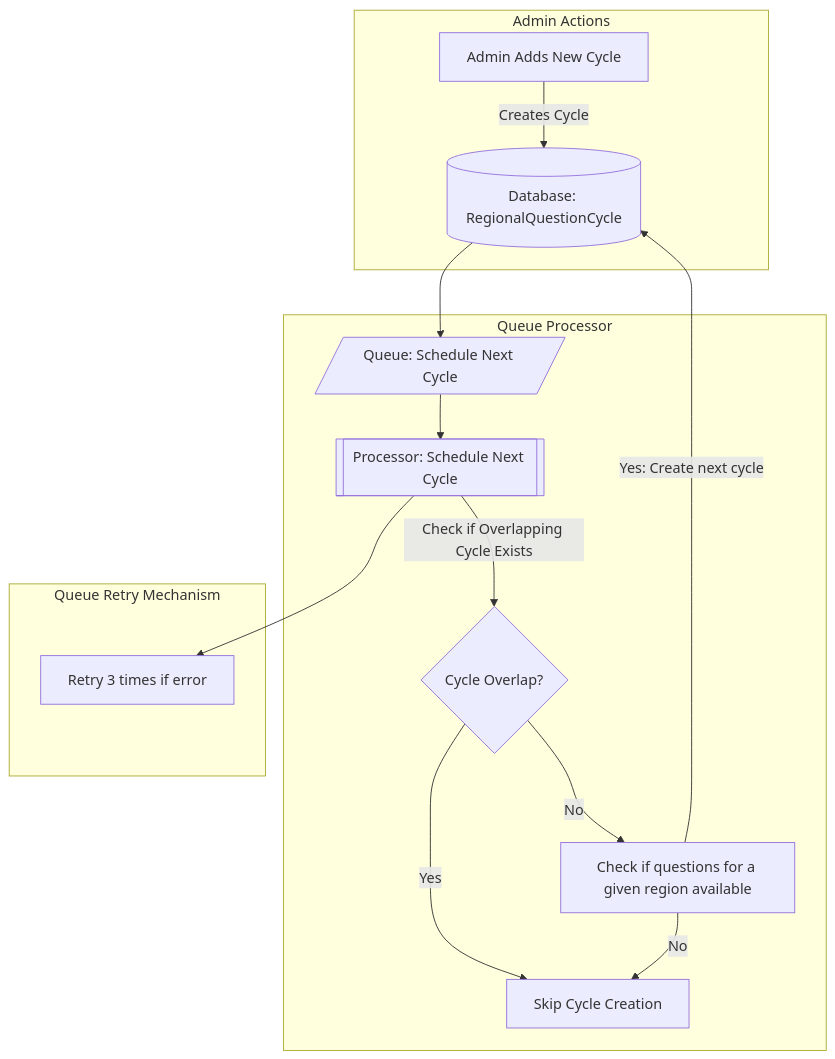
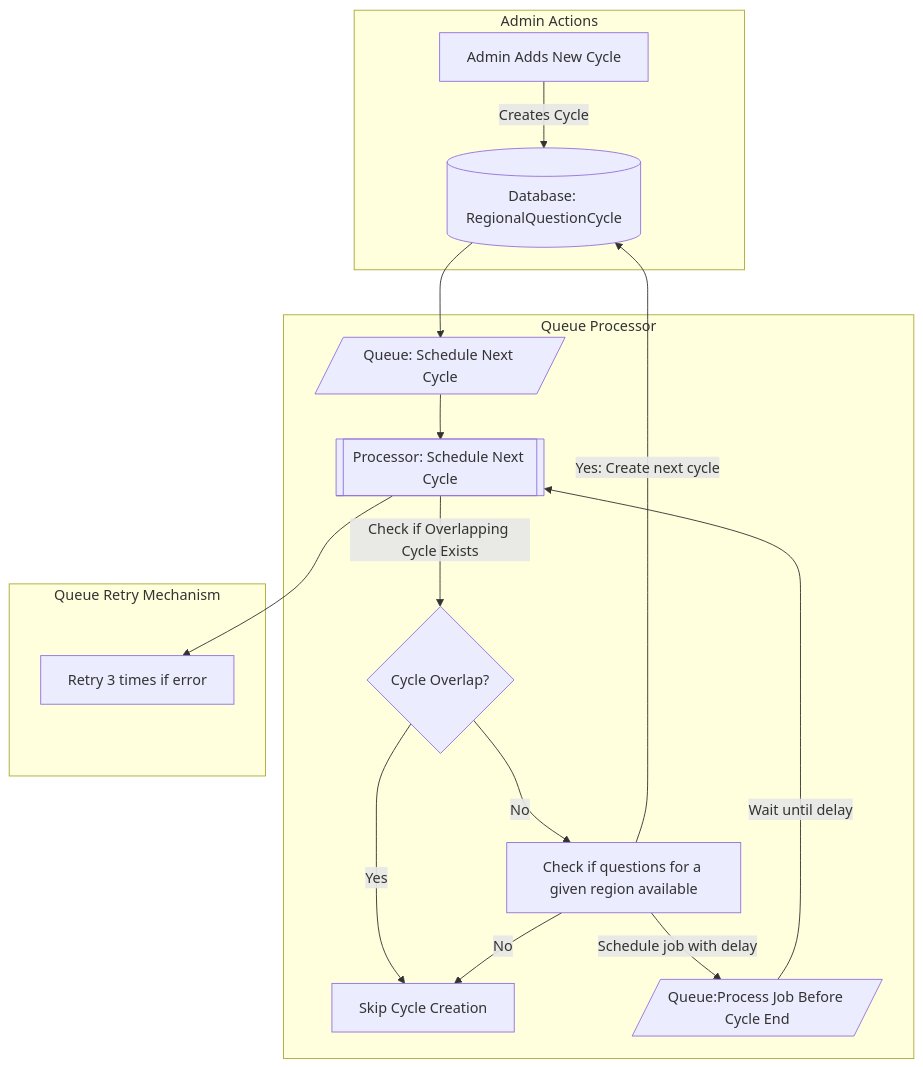
The diagram in README.md (Gambitier/quiz-flow), drawn with Mermaid before and after one commit. The commit also changed other lines of this file and 2 other files, not shown here.

````diff
--- a/README.md
+++ b/README.md
@@ -40,20 +9,23 @@
 ```mermaid
 flowchart TD
   subgraph Admin Actions
     A[Admin Adds New Cycle] -->|Creates Cycle| B[(Database: RegionalQuestionCycle)]
   end
   
   subgraph Queue Processor
     B --> C[/Queue: Schedule Next Cycle/]
     C --> D[[Processor: Schedule Next Cycle]]
     D -->|Check if Overlapping Cycle Exists| E{Cycle Overlap?}
     E -->|Yes| F[Skip Cycle Creation]
     E -->|No| G[Check if questions for a given region available]
     G -->|No| F[Skip Cycle Creation]
     G -->|Yes: Create next cycle| B
+    G -->|Schedule job with delay| H[/Queue:Process Job Before Cycle End/]
   end
 
   subgraph Queue Retry Mechanism
-    D --> H[Retry 3 times if error]
+    D --> I[Retry 3 times if error]
   end
+
+  H -->|Wait until delay| D
 ```
````
